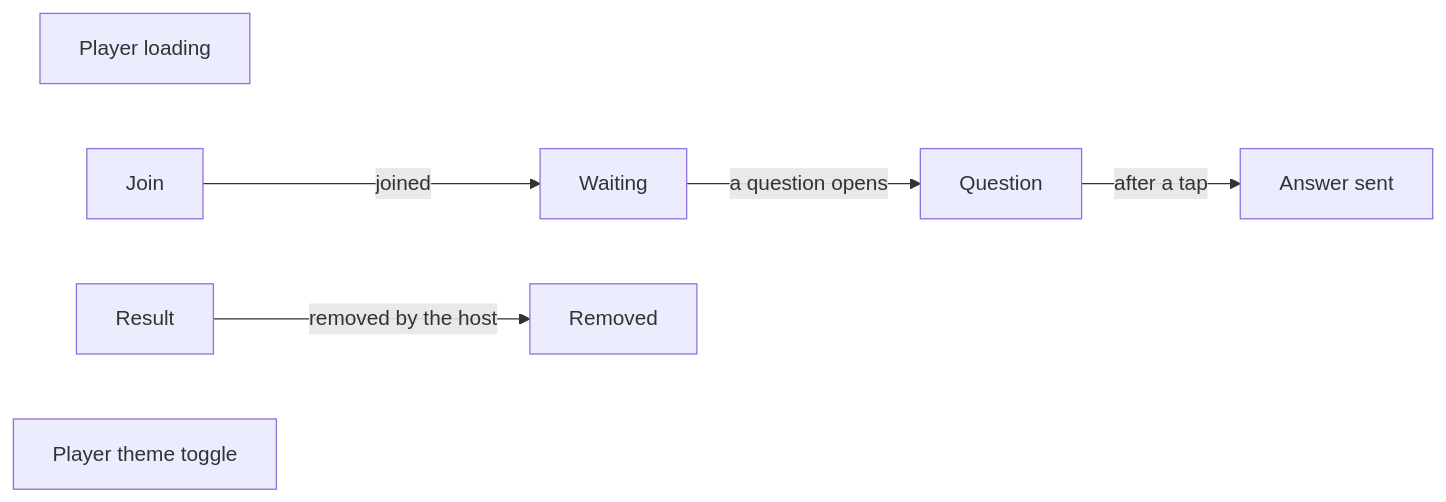
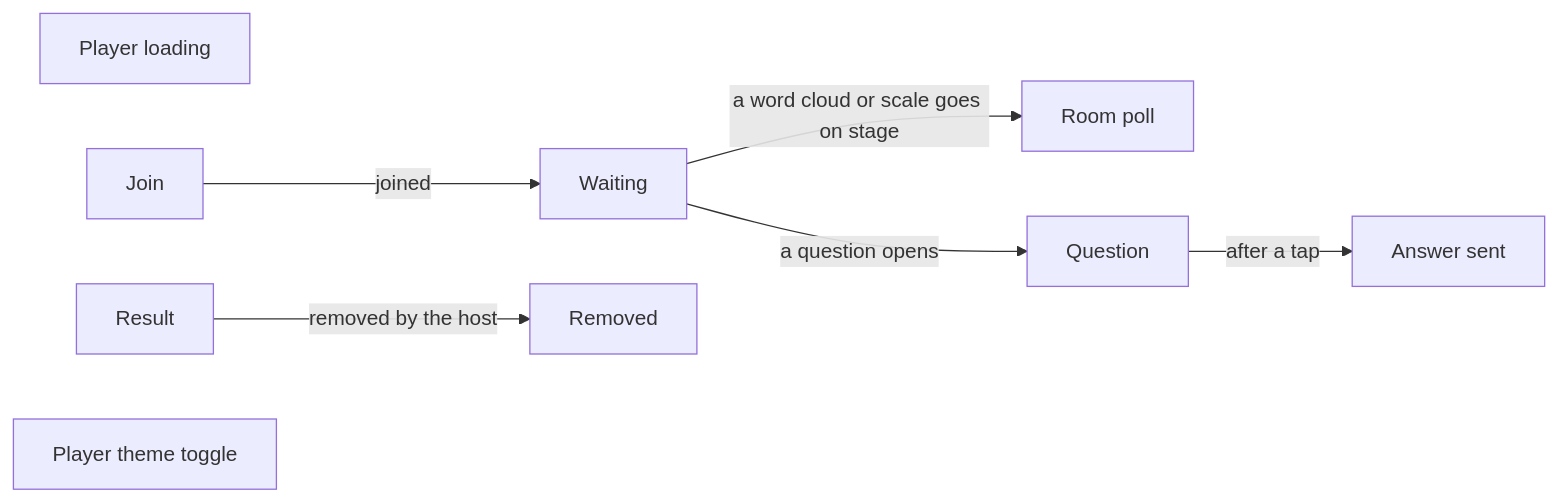
One commit to ferraroroberto/facilitation-suite changed diagram 12 of 12 in docs/ux-surface-map.md. Above: the diagram before and after it, drawn with Mermaid. The commit also changed other lines of this file and 21 other files, not shown here.

First line of the commit message:
feat: phones in the room answer word cloud and scale polls (#600)

````diff
--- a/docs/ux-surface-map.md
+++ b/docs/ux-surface-map.md
@@ -2211,15 +2211,17 @@
 ```mermaid
 flowchart LR
   s144["Player loading"]
   s145["Join"]
   s146["Waiting"]
-  s147["Question"]
-  s148["Answer sent"]
-  s149["Result"]
-  s150["Removed"]
-  s151["Player theme toggle"]
+  s147["Room poll"]
+  s148["Question"]
+  s149["Answer sent"]
+  s150["Result"]
+  s151["Removed"]
+  s152["Player theme toggle"]
   s145 -->|"joined"| s146
-  s146 -->|"a question opens"| s147
-  s147 -->|"after a tap"| s148
-  s149 -->|"removed by the host"| s150
+  s146 -->|"a question opens"| s148
+  s146 -->|"a word cloud or scale goes on stage"| s147
+  s148 -->|"after a tap"| s149
+  s150 -->|"removed by the host"| s151
 ```
````
